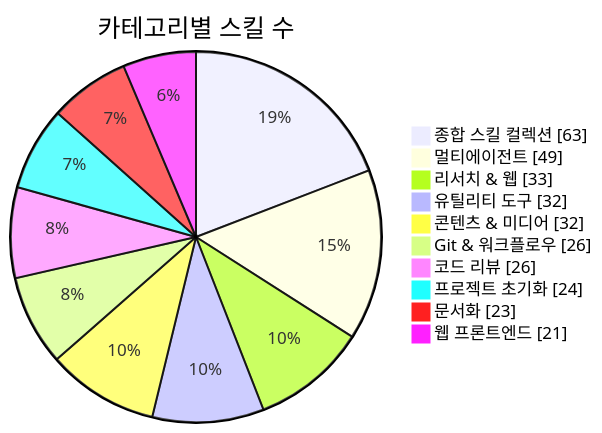
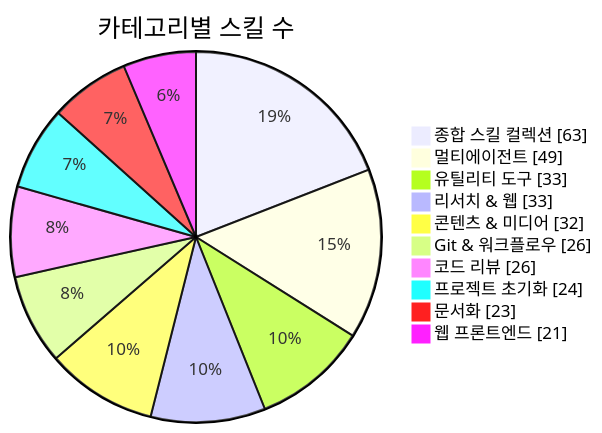
One commit to J-nowcow/awesome-korean-agent-skills changed the first of 3 diagrams in README.md. Above: the diagram before and after it, drawn with Mermaid. The commit also changed other lines of this file and 27 other files, not shown here.

````diff
--- a/README.md
+++ b/README.md
@@ -176,14 +176,14 @@
 ```mermaid
 pie showData
     title 카테고리별 스킬 수
     "종합 스킬 컬렉션" : 63
     "멀티에이전트" : 49
+    "유틸리티 도구" : 33
     "리서치 & 웹" : 33
-    "유틸리티 도구" : 32
     "콘텐츠 & 미디어" : 32
     "Git & 워크플로우" : 26
     "코드 리뷰" : 26
     "프로젝트 초기화" : 24
     "문서화" : 23
     "웹 프론트엔드" : 21
 ```
````
